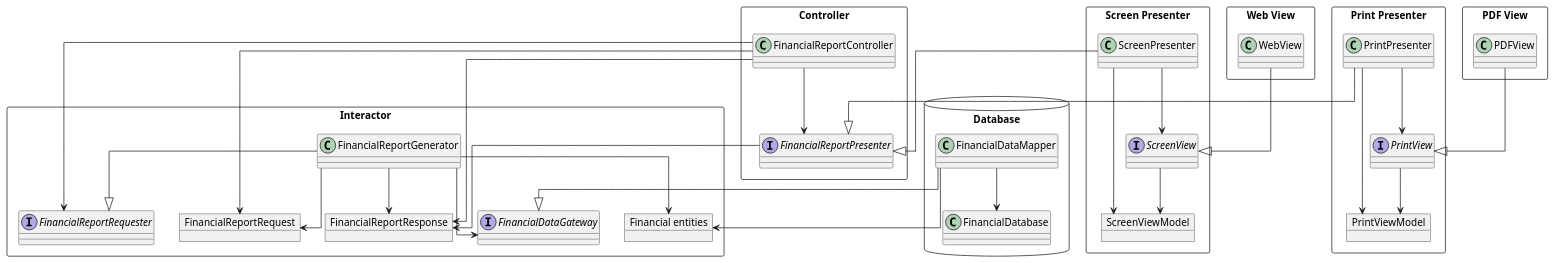
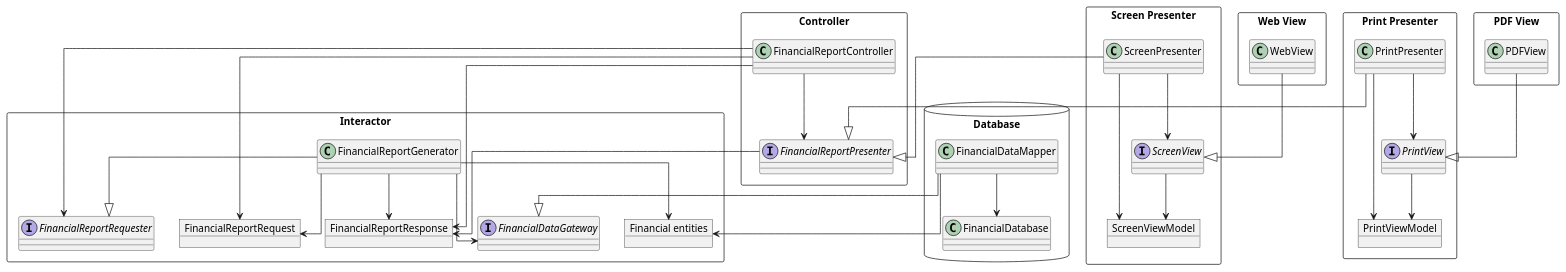
One commit to huland/logseq-notes changed the third of 4 diagrams in pages/Robert C. Martin - Clean Architecture A Craftsman's Guide to Software Structure and Design.md. Above: the diagram before and after it, drawn with PlantUML.

Commit message:
Auto saved by Logseq

```diff
--- a/pages/Robert C. Martin - Clean Architecture A Craftsman's Guide to Software Structure and Design.md
+++ b/pages/Robert C. Martin - Clean Architecture A Craftsman's Guide to Software Structure and Design.md
@@ -203,61 +203,63 @@
 				  @startuml
 				  skinparam linetype ortho
 				  
 				  package Interactor <<Rectangle>> {
 				    object FinancialReportRequest
 				    interface FinancialReportRequester
 				    object FinancialReportResponse
 				    class FinancialReportGenerator
 				    interface FinancialDataGateway
 				    object "Financial entities" as FinancialEntities
 				  }
 				  package Controller <<Rectangle>> {
 				    class FinancialReportController 
 				    interface FinancialReportPresenter
 				  }
 				  package Database <<Database>> {
 				    class FinancialDataMapper 
 				    class FinancialDatabase
 				  }
 				  package "Screen Presenter" as ScreenPres <<Rectangle>> {
-				    class ScreenPresenter
-				    object ScreenViewModel
-				    interface ScreenView
+				    together {
+				      class ScreenPresenter
+				      object ScreenViewModel
+				      interface ScreenView
+				    }
 				  }
 				  package "Print Presenter" as PrintPres <<Rectangle>> {
 				    class PrintPresenter
 				    object PrintViewModel
 				    interface PrintView
 				  } 
 				  package "PDF View" as PDFV <<Rectangle>> {
 				    class PDFView
 				  } 
 				  package "Web View" as WebV <<Rectangle>> {
 				    class WebView
 				  } 
 				  
 				  FinancialReportGenerator --> FinancialReportRequest
 				  FinancialReportGenerator --> FinancialEntities
 				  FinancialReportGenerator --> FinancialReportResponse
 				  FinancialReportGenerator --> FinancialDataGateway
 				  FinancialReportGenerator --|> FinancialReportRequester
 				  FinancialDataMapper --> FinancialDatabase
 				  FinancialDataMapper --> FinancialEntities
 				  FinancialDataMapper --|> FinancialDataGateway
 				  FinancialReportController --> FinancialReportPresenter
 				  FinancialReportPresenter --> FinancialReportResponse
 				  FinancialReportController --> FinancialReportRequest
 				  FinancialReportController --> FinancialReportRequester
 				  FinancialReportController --> FinancialReportResponse
 				  ScreenPresenter --> ScreenView
 				  ScreenView --> ScreenViewModel
 				  ScreenPresenter --> ScreenViewModel
 				  ScreenPresenter --|> FinancialReportPresenter
 				  PrintPresenter --> PrintView
 				  PrintView --> PrintViewModel
 				  PrintPresenter --> PrintViewModel
 				  PrintPresenter --|> FinancialReportPresenter
 				  WebView --|> ScreenView
 				  PDFView --|> PrintView
 				  
 				  @enduml
```
